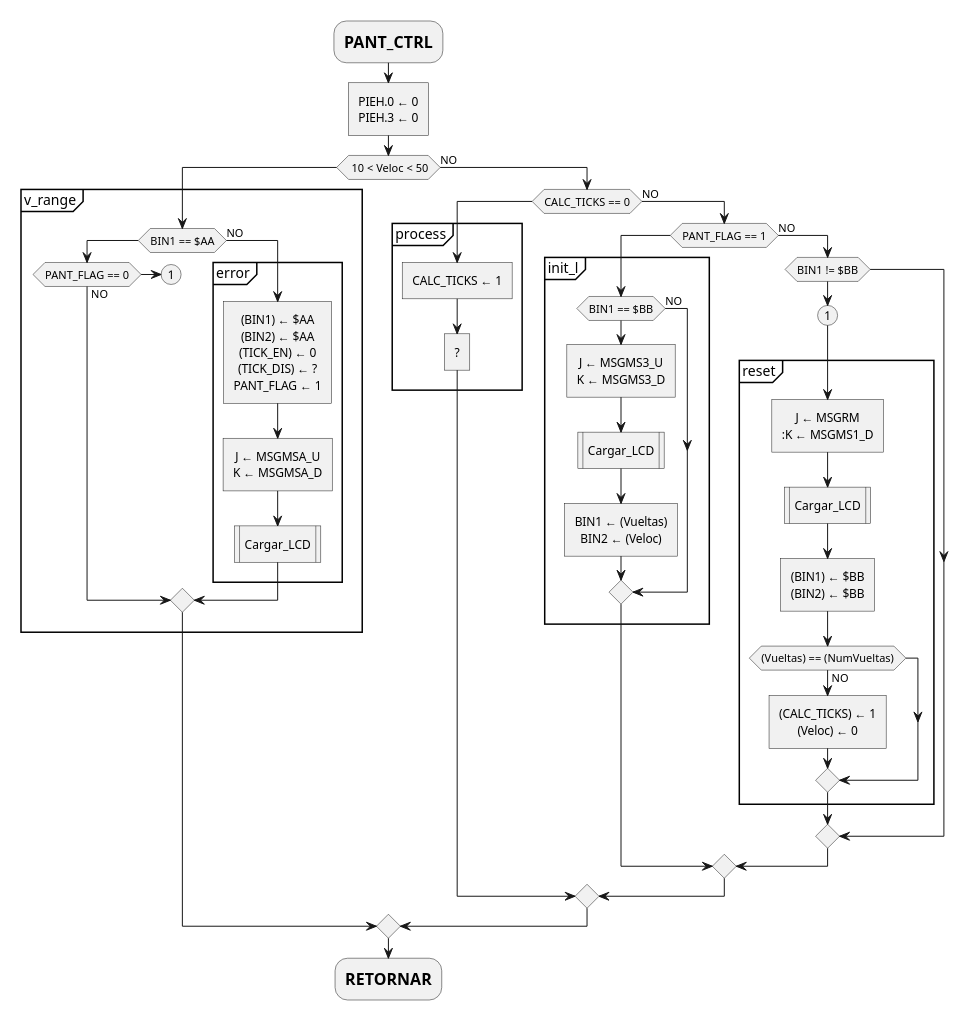
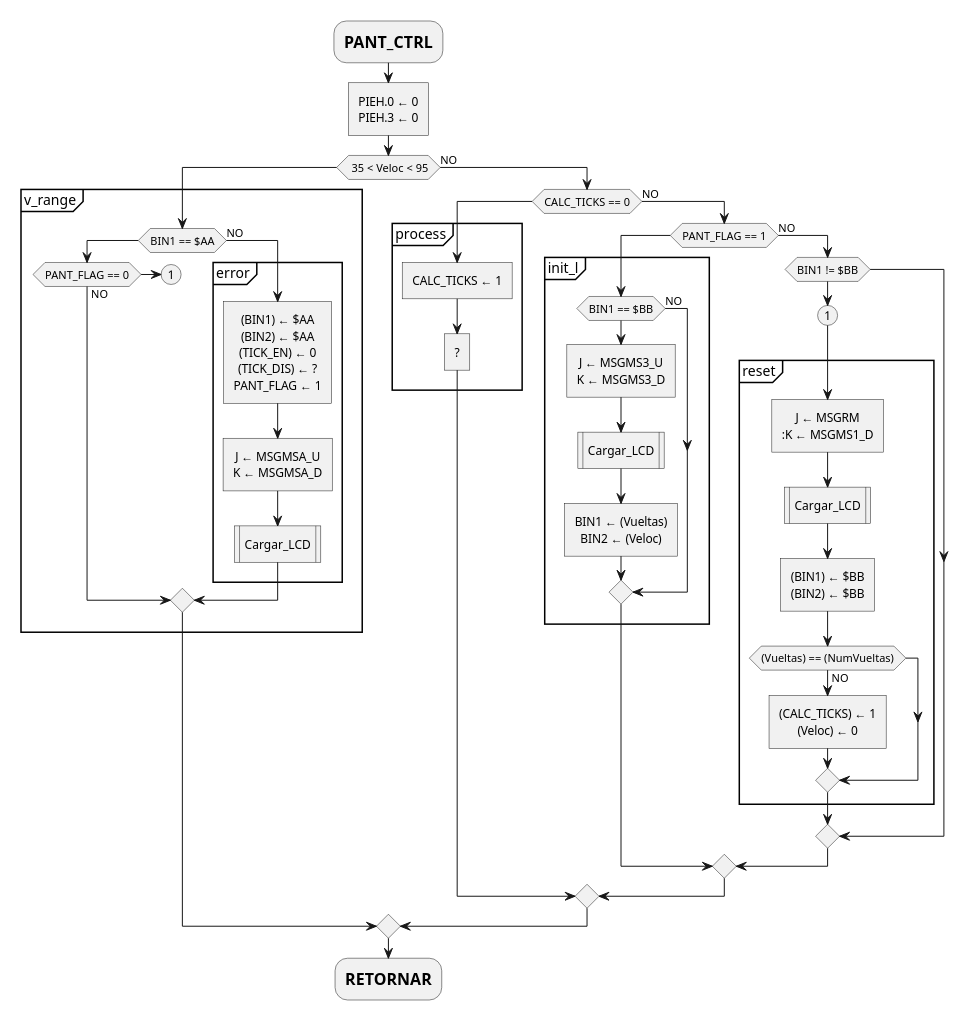
The seventh of 23 diagrams in report.md (mlndz28/pr-623), drawn with PlantUML before and after one commit. The commit also changed other lines of this file, not shown here.

Commit message:
report.md: update PANT_CTRL

````diff
--- a/report.md
+++ b/report.md
@@ -354,60 +354,60 @@
 ```plantuml
 @startuml
 scale max 500 height
 skinparam monochrome true
 skinparam defaultTextAlignment center
 :=PANT_CTRL;
 :PIEH.0 ← 0
 PIEH.3 ← 0]
-if( 10 < Veloc < 50) then
+if( 35 < Veloc < 95) then
   partition v_range {
     if(BIN1 == $AA) then 
       if(PANT_FLAG == 0) then
         (1) 
         detach 
       else (NO)
       endif
     else (NO)
       partition error {  
         :(BIN1) ← $AA\n(BIN2) ← $AA\n(TICK_EN) ← 0\n(TICK_DIS) ← ?\nPANT_FLAG ← 1]
         :J ← MSGMSA_U\nK ← MSGMSA_D]
         :Cargar_LCD|
       }
   endif
   }
 else (NO)
   if(CALC_TICKS == 0) then
     partition process {
       :CALC_TICKS ← 1]
       :?]  
     }  
   else (NO)
     if(PANT_FLAG == 1) then
       partition init_l {
         if(BIN1 == $BB) then
           :J ← MSGMS3_U\nK ← MSGMS3_D]
           :Cargar_LCD|
           :BIN1 ← (Vueltas)\nBIN2 ← (Veloc)]
         else (NO)
         endif
       }
     else (NO)
       if(BIN1 != $BB) then
         (1)
         partition reset {
           :J ← MSGRM\n:K ← MSGMS1_D]
           :Cargar_LCD|
           :(BIN1) ← $BB\n(BIN2) ← $BB]
           if((Vueltas) == (NumVueltas)) then
           else (NO)
             :(CALC_TICKS) ← 1\n(Veloc) ← 0]
           endif
         }
       endif
     endif
   endif
 endif
 :=RETORNAR;
 
 @enduml
 ```
````
